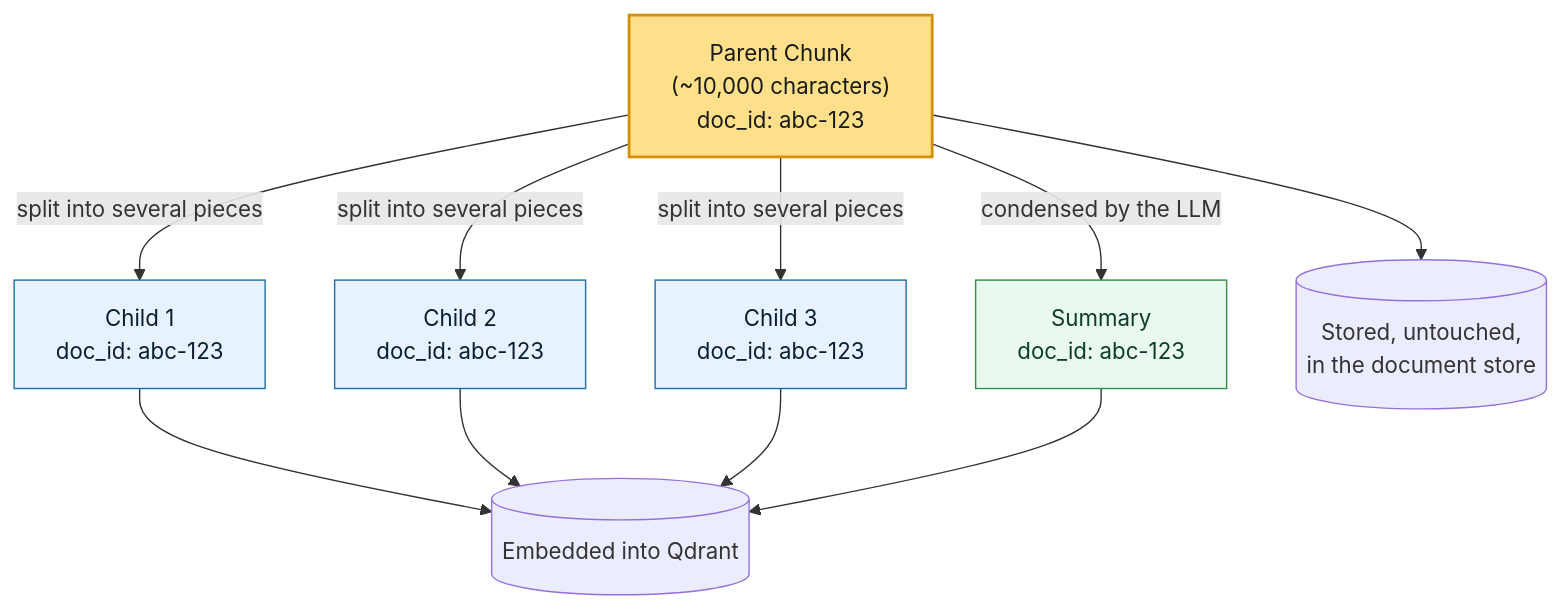
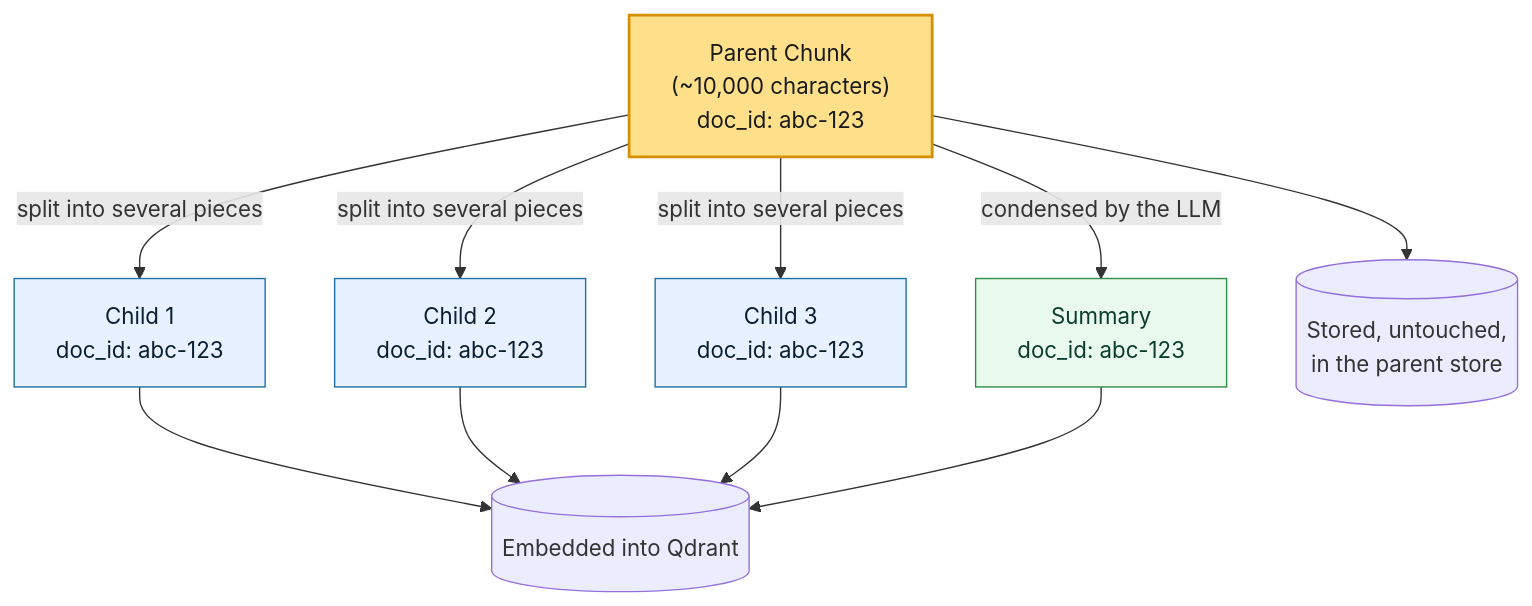
The third of 5 diagrams in RAG-Labs/section-2-retrieval-variations/lab-03-multivector-parent-child/lab1_langchain.md (CogKnowEdge-Solutions/Context-Memory-Layer), drawn with Mermaid before and after one commit. The commit also changed other lines of this file and 80 other files, not shown here.

````diff
--- a/RAG-Labs/section-2-retrieval-variations/lab-03-multivector-parent-child/lab1_langchain.md
+++ b/RAG-Labs/section-2-retrieval-variations/lab-03-multivector-parent-child/lab1_langchain.md
@@ -81,23 +92,23 @@
 ```mermaid
 flowchart TB
     Parent["Parent Chunk<br/>(~10,000 characters)<br/>doc_id: abc-123"]
 
     Parent -->|split into several pieces| C1["Child 1<br/>doc_id: abc-123"]
     Parent -->|split into several pieces| C2["Child 2<br/>doc_id: abc-123"]
     Parent -->|split into several pieces| C3["Child 3<br/>doc_id: abc-123"]
     Parent -->|condensed by the LLM| Sum["Summary<br/>doc_id: abc-123"]
 
     C1 --> Qd[("Embedded into Qdrant")]
     C2 --> Qd
     C3 --> Qd
     Sum --> Qd
 
-    Parent --> Store[("Stored, untouched,<br/>in the document store")]
+    Parent --> Store[("Stored, untouched,<br/>in the parent store")]
 
     classDef parentStyle fill:#ffe08a,stroke:#d68f00,stroke-width:2px,color:#1a1a1a
     classDef childStyle fill:#e7f1ff,stroke:#1d6fa5,stroke-width:1px,color:#0b1f33
     classDef sumStyle fill:#e9f9ee,stroke:#2f8d46,stroke-width:1px,color:#0b3d2e
     class Parent parentStyle
     class C1,C2,C3 childStyle
     class Sum sumStyle
 ```
````
